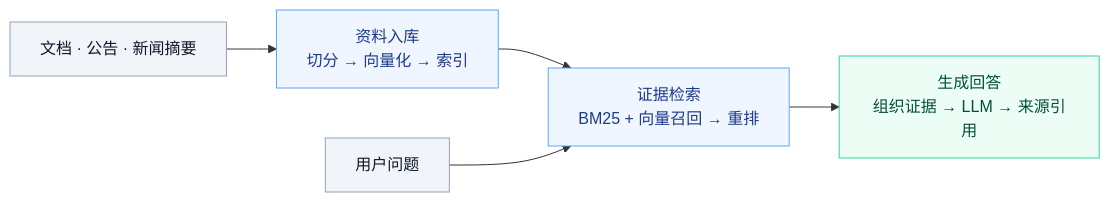
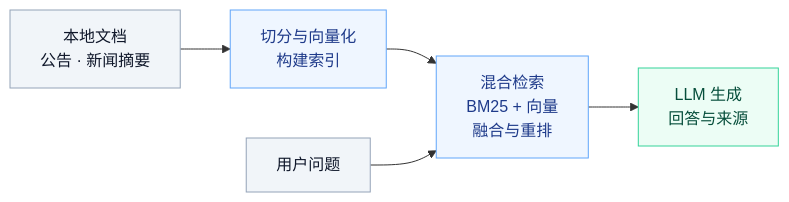
The diagram in README.md (yang12345670/DeepSearch-Agent), drawn with Mermaid before and after one commit. The commit also changed 1 other file, not shown here.

Commit message:
docs: tighten workflow diagram labels

````diff
--- a/README.md
+++ b/README.md
@@ -39,14 +39,14 @@
 ```mermaid
 flowchart LR
-    S["文档 · 公告 · 新闻摘要"] --> I["资料入库<br/>切分 → 向量化 → 索引"]
-    I --> R["证据检索<br/>BM25 + 向量召回 → 重排"]
+    S["本地文档<br/>公告 · 新闻摘要"] --> I["切分与向量化<br/>构建索引"]
+    I --> R["混合检索<br/>BM25 + 向量<br/>融合与重排"]
     Q["用户问题"] --> R
-    R --> A["生成回答<br/>组织证据 → LLM → 来源引用"]
+    R --> A["LLM 生成<br/>回答与来源"]
 
     classDef input fill:#f1f5f9,stroke:#94a3b8,color:#0f172a
     classDef process fill:#eff6ff,stroke:#60a5fa,color:#1e3a8a
     classDef output fill:#ecfdf5,stroke:#34d399,color:#064e3b
     class S,Q input
     class I,R process
     class A output
 ```
````
